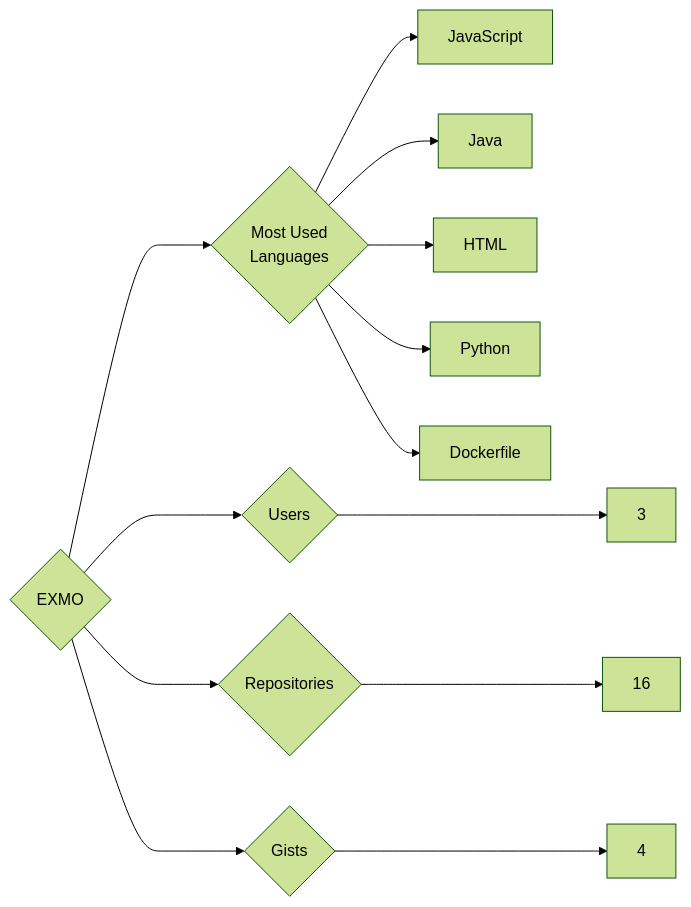
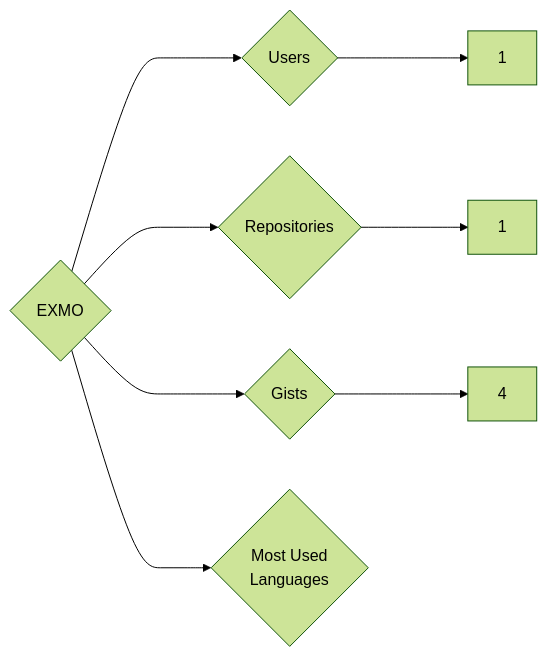
The diagram in targets/EXMO/README.md (trickest/insiders), drawn with Mermaid (forest theme) before and after one commit. The commit also changed 783 other files, not shown here.

````diff
--- a/targets/EXMO/README.md
+++ b/targets/EXMO/README.md
@@ -3,13 +3,8 @@
 ```mermaid
 graph LR
 COMPANY_NAME{EXMO}
-COMPANY_NAME ---> U{Users} ---> UN[3]
-COMPANY_NAME ---> R{Repositories} ---> RN[16]
+COMPANY_NAME ---> U{Users} ---> UN[1]
+COMPANY_NAME ---> R{Repositories} ---> RN[1]
 COMPANY_NAME ---> G{Gists} ---> GN[4]
 COMPANY_NAME ---> ML{Most Used<br>Languages}
-ML --> JavaScript[JavaScript]
-ML --> Java[Java]
-ML --> HTML[HTML]
-ML --> Python[Python]
-ML --> Dockerfile[Dockerfile]
 ```
````
